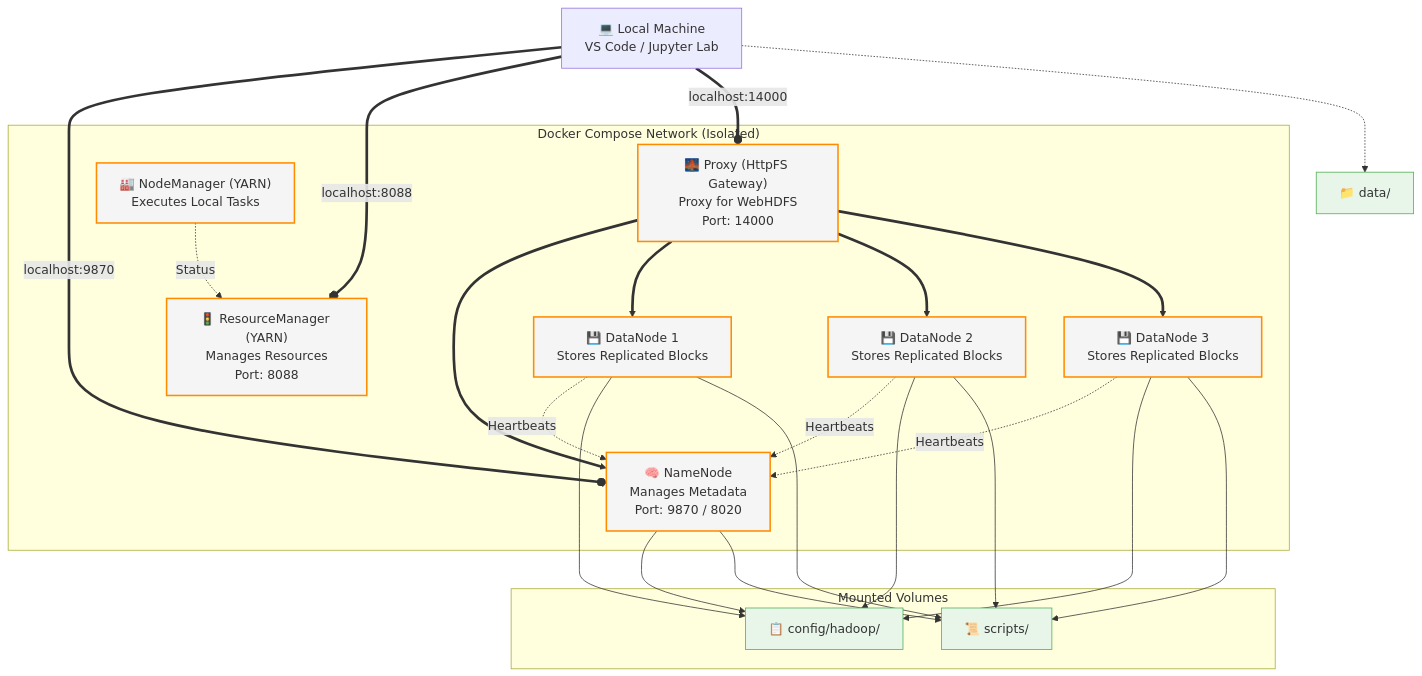
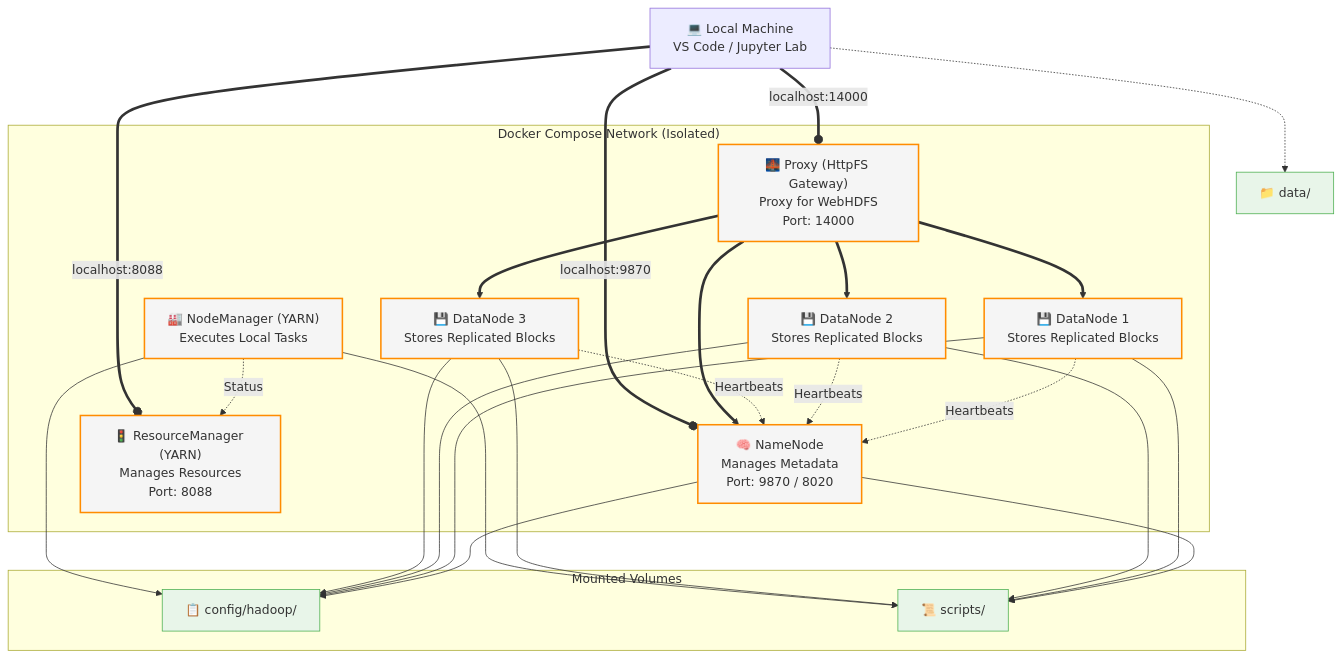
One commit to hiltonmbr/cdn-hadoop-lab changed the diagram in README.md. Above: the diagram before and after it, drawn with Mermaid. The commit also changed other lines of this file and 1 other file, not shown here.

````diff
--- a/README.md
+++ b/README.md
@@ -126,50 +130,52 @@
 ```mermaid
 graph TD
     subgraph "Docker Compose Network (Isolated)"
      
         namenode["🧠 NameNode<br>Manages Metadata<br>Port: 9870 / 8020"]
         resourcemanager["🚦 ResourceManager (YARN)<br>Manages Resources<br>Port: 8088"]
         proxy["🌉 Proxy (HttpFS Gateway)<br>Proxy for WebHDFS<br>Port: 14000"]
         
         datanode1["💾 DataNode 1<br>Stores Replicated Blocks"]
         datanode2["💾 DataNode 2<br>Stores Replicated Blocks"]
         datanode3["💾 DataNode 3<br>Stores Replicated Blocks"]
         nodemanager["🏭 NodeManager (YARN)<br>Executes Local Tasks"]
         
     end
 
     subgraph "Mounted Volumes"
         config["📋 config/hadoop/"]
         scripts["📜 scripts/"]
     end
 
     %% Internal connections
     datanode1 -. Heartbeats .-> namenode
     datanode2 -. Heartbeats .-> namenode
     datanode3 -. Heartbeats .-> namenode
     nodemanager -. Status .-> resourcemanager
     proxy ==> namenode
     proxy ==> datanode1
     proxy ==> datanode2
     proxy ==> datanode3
     namenode --> config
     datanode1 --> config
     datanode2 --> config
     datanode3 --> config
     namenode --> scripts
     datanode1 --> scripts
     datanode2 --> scripts
     datanode3 --> scripts
+    nodemanager --> config
+    nodemanager --> scripts
 
     %% Local Environment (access via localhost:PORT)
     local["💻 Local Machine<br>VS Code / Jupyter Lab"]
     local ==o |localhost:9870| namenode
     local ==o |localhost:8088| resourcemanager
     local ==o |localhost:14000| proxy
     local -.-> data["📁 data/"]
 
     classDef core fill:#f5f5f5,stroke:#FF8C00,stroke-width:2px;
     class namenode,datanode1,datanode2,datanode3,resourcemanager,nodemanager,proxy core;
     classDef vol fill:#e8f5e9,stroke:#4caf50,stroke-width:1px;
     class config,scripts,data vol;
 ```
````
